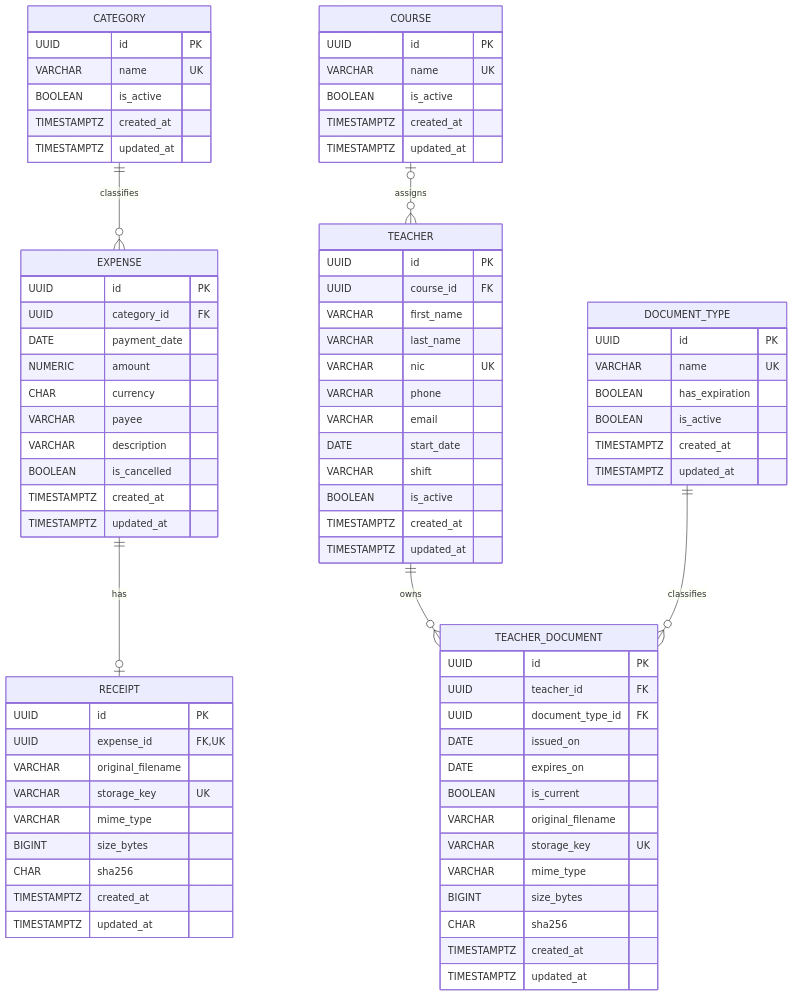
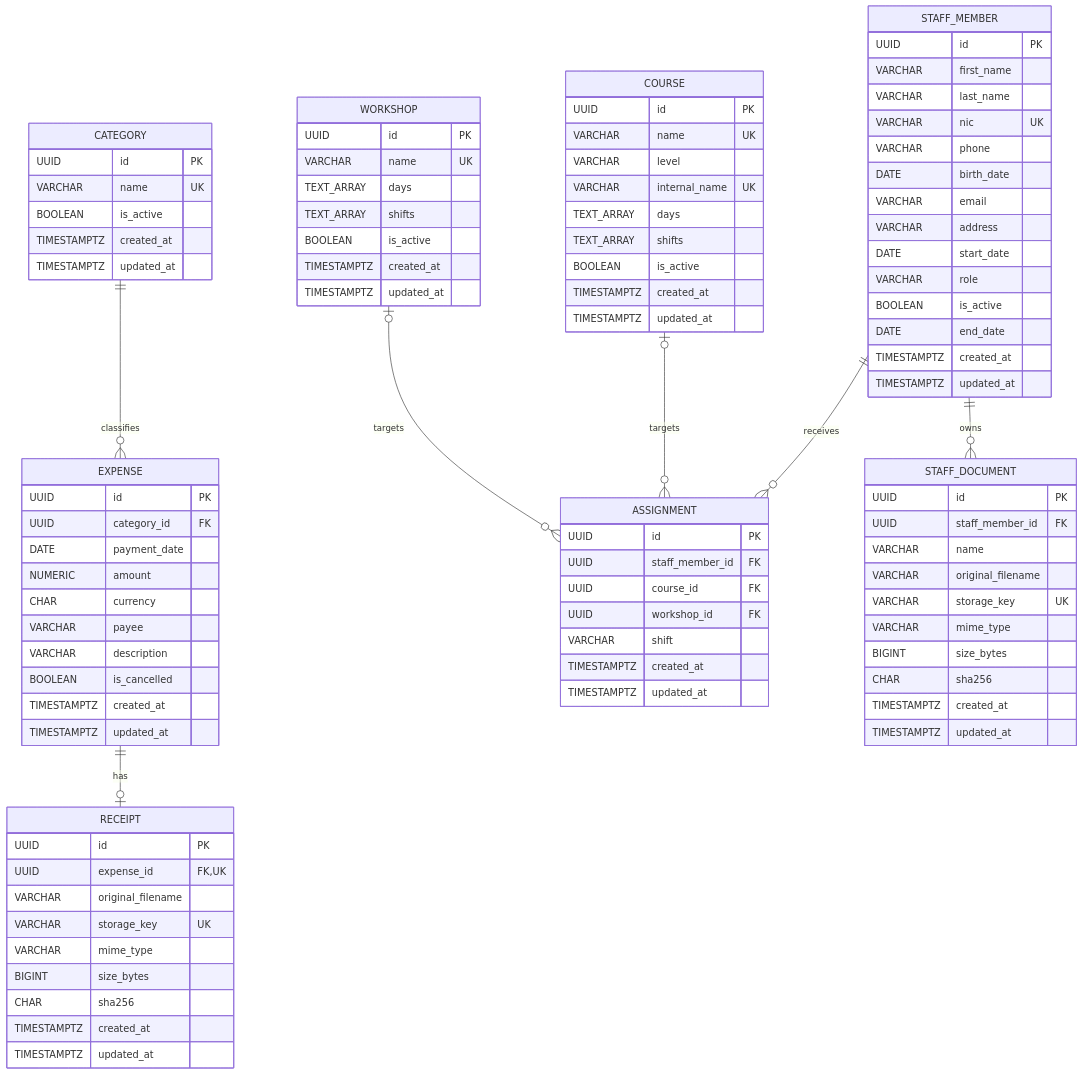
One commit to maxifarkuso/kume-admin-docs changed the diagram in database-design.md. Above: the diagram before and after it, drawn with Mermaid. The commit also changed other lines of this file and 3 other files, not shown here.

```diff
--- a/database-design.md
+++ b/database-design.md
@@ -8,9 +8,10 @@
 erDiagram
     CATEGORY ||--o{ EXPENSE : classifies
     EXPENSE ||--o| RECEIPT : has
-    COURSE o|--o{ TEACHER : assigns
-    TEACHER ||--o{ TEACHER_DOCUMENT : owns
-    DOCUMENT_TYPE ||--o{ TEACHER_DOCUMENT : classifies
+    STAFF_MEMBER ||--o{ ASSIGNMENT : receives
+    COURSE o|--o{ ASSIGNMENT : targets
+    WORKSHOP o|--o{ ASSIGNMENT : targets
+    STAFF_MEMBER ||--o{ STAFF_DOCUMENT : owns
 
     CATEGORY {
         UUID id PK
@@ -45,45 +46,59 @@
         TIMESTAMPTZ updated_at
     }
 
+    STAFF_MEMBER {
+        UUID id PK
+        VARCHAR first_name
+        VARCHAR last_name
+        VARCHAR nic UK
+        VARCHAR phone
+        DATE birth_date
+        VARCHAR email
+        VARCHAR address
+        DATE start_date
+        VARCHAR role
+        BOOLEAN is_active
+        DATE end_date
+        TIMESTAMPTZ created_at
+        TIMESTAMPTZ updated_at
+    }
+
     COURSE {
         UUID id PK
         VARCHAR name UK
+        VARCHAR level
+        VARCHAR internal_name UK
+        TEXT_ARRAY days
+        TEXT_ARRAY shifts
         BOOLEAN is_active
         TIMESTAMPTZ created_at
         TIMESTAMPTZ updated_at
     }
 
-    TEACHER {
+    WORKSHOP {
         UUID id PK
-        UUID course_id FK
-        VARCHAR first_name
-        VARCHAR last_name
-        VARCHAR nic UK
-        VARCHAR phone
-        VARCHAR email
-        DATE start_date
-        VARCHAR shift
+        VARCHAR name UK
+        TEXT_ARRAY days
+        TEXT_ARRAY shifts
         BOOLEAN is_active
         TIMESTAMPTZ created_at
         TIMESTAMPTZ updated_at
     }
 
-    DOCUMENT_TYPE {
+    ASSIGNMENT {
         UUID id PK
-        VARCHAR name UK
-        BOOLEAN has_expiration
-        BOOLEAN is_active
+        UUID staff_member_id FK
+        UUID course_id FK
+        UUID workshop_id FK
+        VARCHAR shift
         TIMESTAMPTZ created_at
         TIMESTAMPTZ updated_at
     }
 
-    TEACHER_DOCUMENT {
+    STAFF_DOCUMENT {
         UUID id PK
-        UUID teacher_id FK
-        UUID document_type_id FK
-        DATE issued_on
-        DATE expires_on
-        BOOLEAN is_current
+        UUID staff_member_id FK
+        VARCHAR name
         VARCHAR original_filename
         VARCHAR storage_key UK
         VARCHAR mime_type
```
